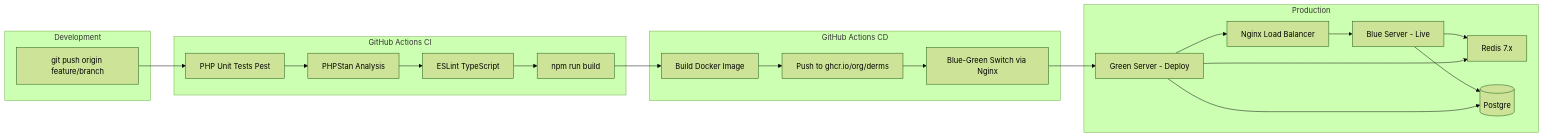
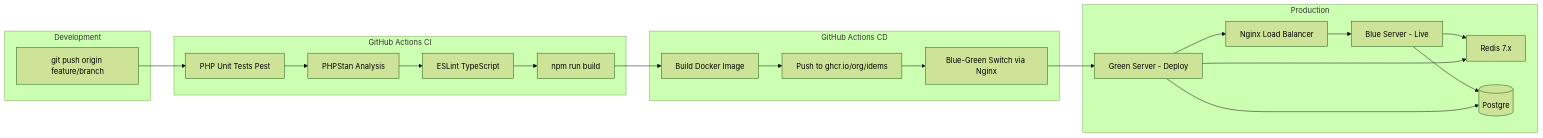
Before and after one commit to Onesmo-A/derms: the eighth of 9 diagrams in ARCHITECTURE.md, drawn with Mermaid (forest theme). The commit also changed other lines of this file and 160 other files, not shown here.

````diff
--- a/ARCHITECTURE.md
+++ b/ARCHITECTURE.md
@@ -578,29 +578,29 @@
 ```mermaid
 graph LR
     subgraph DEV["Development"]
         D1["git push origin feature/branch"]
     end
     subgraph CI["GitHub Actions CI"]
         CI1[PHP Unit Tests Pest]
         CI2[PHPStan Analysis]
         CI3[ESLint TypeScript]
         CI4[npm run build]
     end
     subgraph CD["GitHub Actions CD"]
         CD1[Build Docker Image]
-        CD2["Push to ghcr.io/org/derms"]
+        CD2["Push to ghcr.io/org/idems"]
         CD3[Blue-Green Switch via Nginx]
     end
     subgraph PROD["Production"]
         P1[Blue Server - Live]
         P2[Green Server - Deploy]
         LB[Nginx Load Balancer]
         REDIS[Redis 7.x]
         DB[(Postgre)]
     end
     D1 --> CI1 --> CI2 --> CI3 --> CI4
     CI4 --> CD1 --> CD2 --> CD3
     CD3 --> P2 --> LB --> P1
     P1 & P2 --> REDIS
     P1 & P2 --> DB
 ```
````
